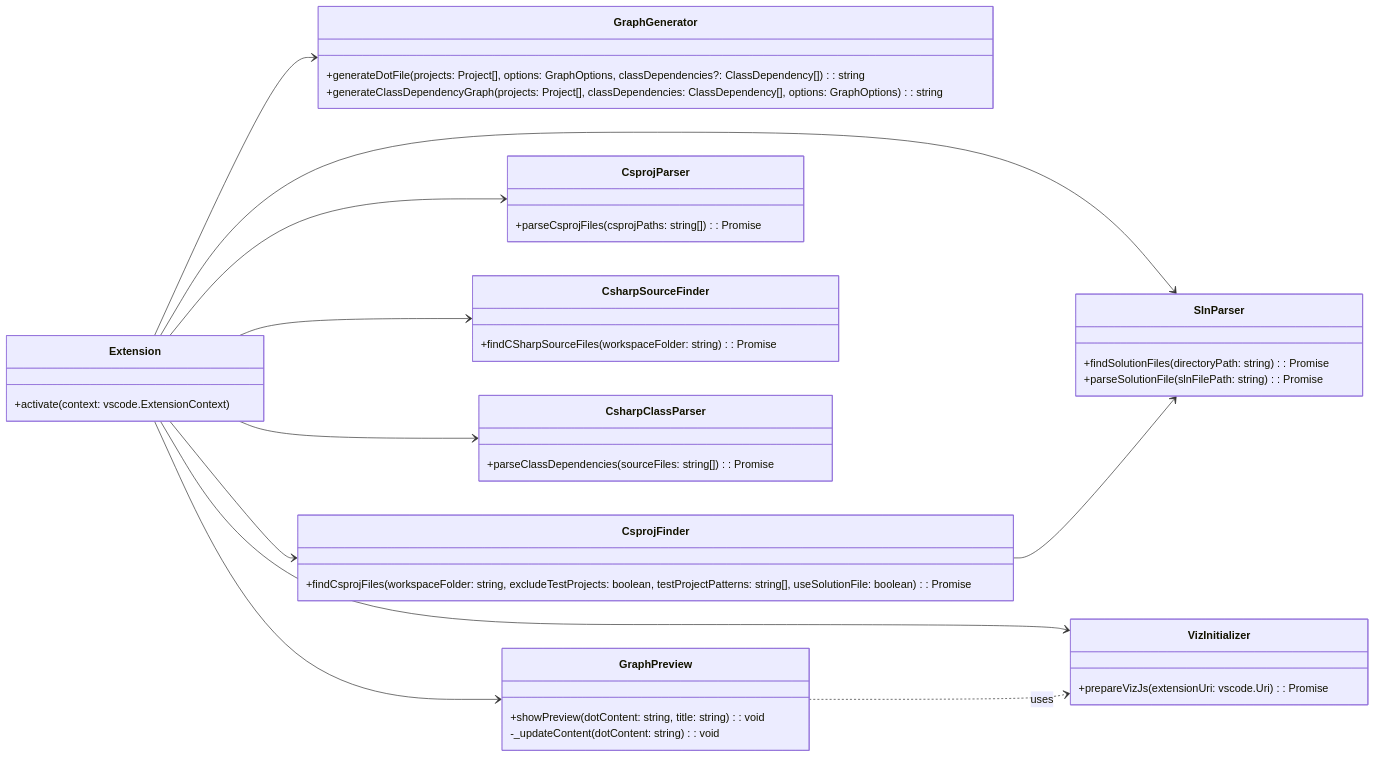
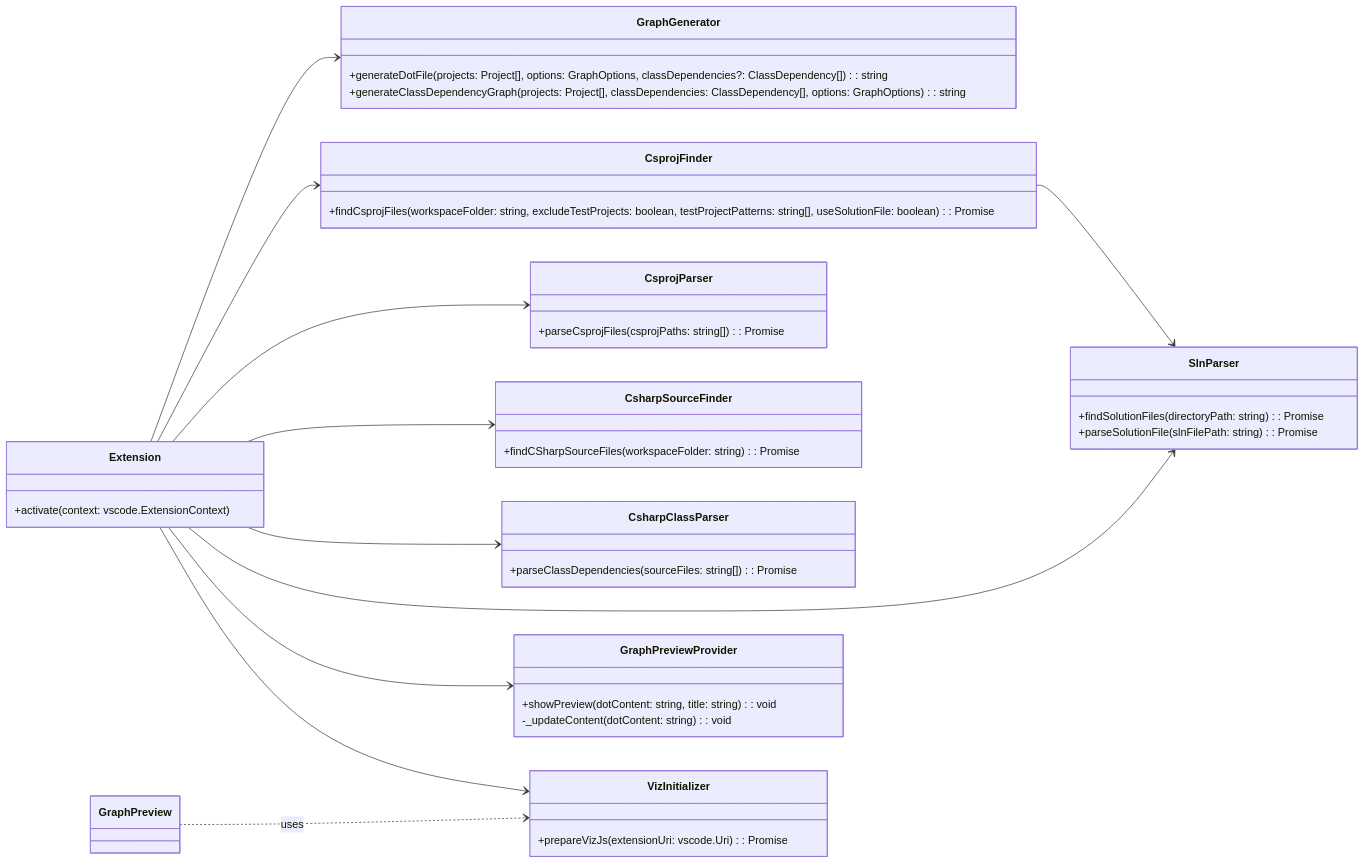
The diagram in README.md (magic5644/vscode-csharp-dependency-graph), drawn with Mermaid before and after one commit.

Commit message:
Rename GraphPreview to GraphPreviewProvider in README.md for consistency

````diff
--- a/README.md
+++ b/README.md
@@ -123,54 +123,54 @@
 ```mermaid
 classDiagram
   direction LR
 
   class Extension {
       +activate(context: vscode.ExtensionContext)
   }
 
   class GraphGenerator {
       +generateDotFile(projects: Project[], options: GraphOptions, classDependencies?: ClassDependency[]): string
       +generateClassDependencyGraph(projects: Project[], classDependencies: ClassDependency[], options: GraphOptions): string
   }
 
   class CsprojFinder {
       +findCsprojFiles(workspaceFolder: string, excludeTestProjects: boolean, testProjectPatterns: string[], useSolutionFile: boolean): Promise<string[]>
   }
 
   class CsprojParser {
       +parseCsprojFiles(csprojPaths: string[]): Promise<Project[]>
   }
 
   class SlnParser {
       +findSolutionFiles(directoryPath: string): Promise<string[]>
       +parseSolutionFile(slnFilePath: string): Promise<string[]>
   }
 
   class CsharpSourceFinder {
       +findCSharpSourceFiles(workspaceFolder: string): Promise<string[]>
   }
 
   class CsharpClassParser {
       +parseClassDependencies(sourceFiles: string[]): Promise<ClassDependency[]>
   }
   
-  class GraphPreview {
+  class GraphPreviewProvider {
       +showPreview(dotContent: string, title: string): void
       -_updateContent(dotContent: string): void
   }
   
   class VizInitializer {
       +prepareVizJs(extensionUri: vscode.Uri): Promise<boolean>
   }
 
   Extension --> GraphGenerator
   Extension --> CsprojFinder
   Extension --> CsprojParser
   Extension --> CsharpSourceFinder
   Extension --> CsharpClassParser
   Extension --> SlnParser
-  Extension --> GraphPreview
+  Extension --> GraphPreviewProvider
   Extension --> VizInitializer
   CsprojFinder --> SlnParser
   GraphPreview ..> VizInitializer: uses
 ```
````
